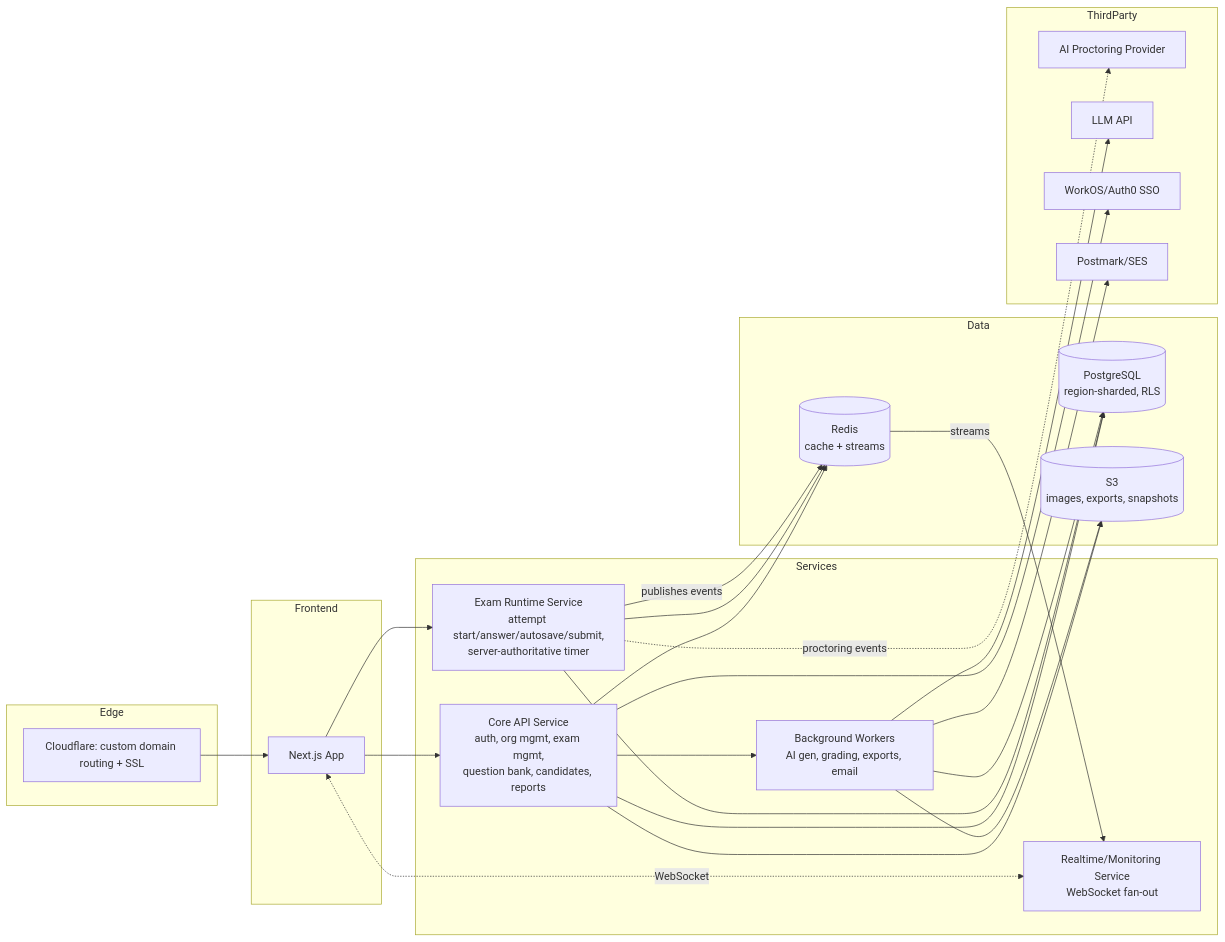
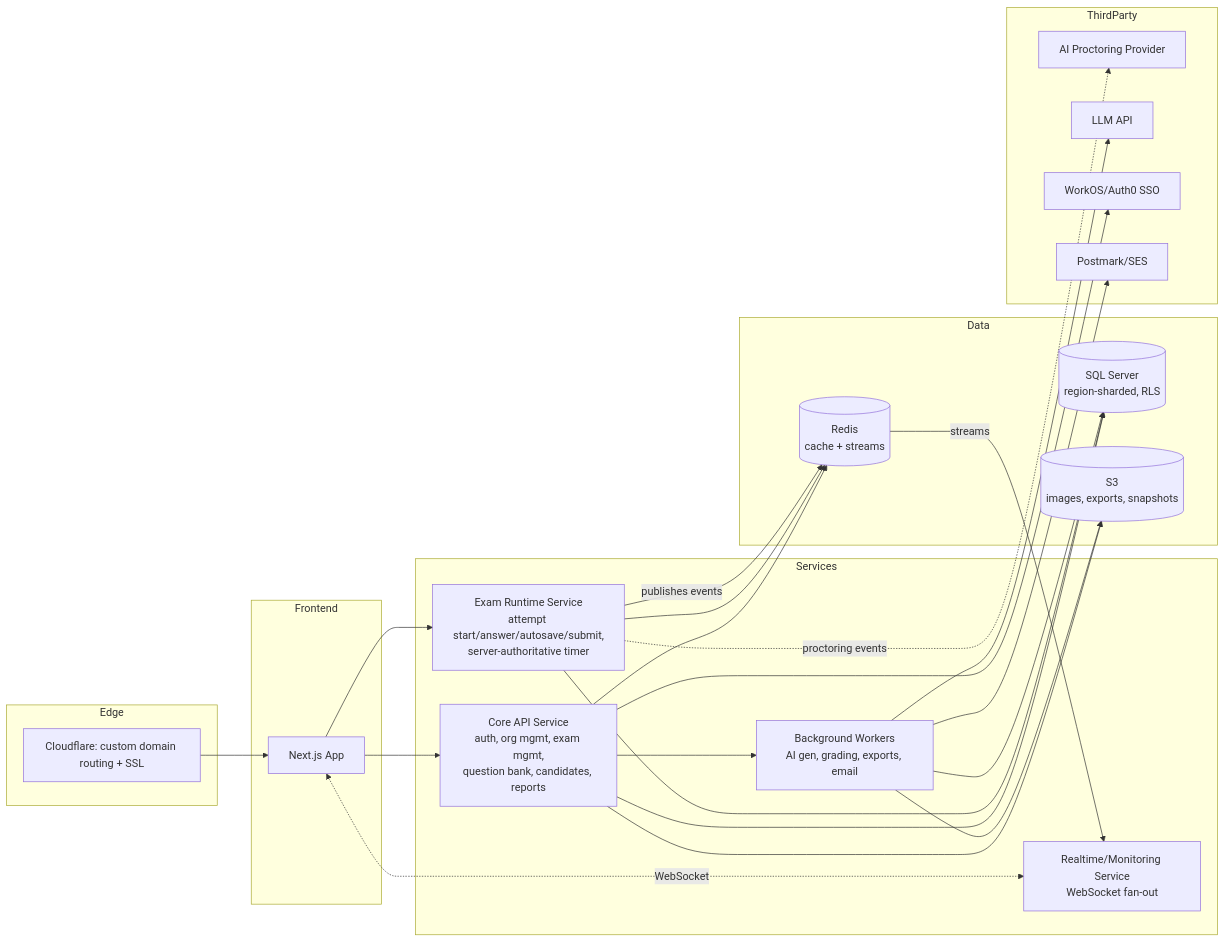
One commit to hari9495/exam-app changed the fifth of 5 diagrams in docs/superpowers/specs/2026-07-07-online-mcq-exam-platform-design.md. Above: the diagram before and after it, drawn with Mermaid. The commit also changed other lines of this file, not shown here.

First line of the commit message:
Swap database engine from PostgreSQL to SQL Server per team preference

````diff
--- a/docs/superpowers/specs/2026-07-07-online-mcq-exam-platform-design.md
+++ b/docs/superpowers/specs/2026-07-07-online-mcq-exam-platform-design.md
@@ -692,52 +694,52 @@
 ```mermaid
 flowchart LR
     subgraph Edge
         CF[Cloudflare: custom domain routing + SSL]
     end
 
     subgraph Frontend
         FE[Next.js App]
     end
 
     subgraph Services
         CoreAPI[Core API Service\nauth, org mgmt, exam mgmt,\nquestion bank, candidates, reports]
         ExamRuntime[Exam Runtime Service\nattempt start/answer/autosave/submit,\nserver-authoritative timer]
         RealtimeSvc[Realtime/Monitoring Service\nWebSocket fan-out]
         Workers[Background Workers\nAI gen, grading, exports, email]
     end
 
     subgraph Data
-        PG[(PostgreSQL\nregion-sharded, RLS)]
+        SQLSRV[(SQL Server\nregion-sharded, RLS)]
         Redis[(Redis\ncache + streams)]
         S3[(S3\nimages, exports, snapshots)]
     end
 
     subgraph ThirdParty
         Proctor[AI Proctoring Provider]
         LLM[LLM API]
         SSO[WorkOS/Auth0 SSO]
         EmailSvc[Postmark/SES]
     end
 
     CF --> FE
     FE --> CoreAPI
     FE --> ExamRuntime
     FE <-. WebSocket .-> RealtimeSvc
 
-    CoreAPI --> PG
+    CoreAPI --> SQLSRV
     CoreAPI --> Redis
     CoreAPI --> S3
     CoreAPI --> SSO
     CoreAPI --> Workers
 
-    ExamRuntime --> PG
+    ExamRuntime --> SQLSRV
     ExamRuntime --> Redis
     ExamRuntime -. proctoring events .-> Proctor
     ExamRuntime -- publishes events --> Redis
     Redis -- streams --> RealtimeSvc
 
     Workers --> LLM
     Workers --> EmailSvc
     Workers --> S3
-    Workers --> PG
+    Workers --> SQLSRV
 ```
````
